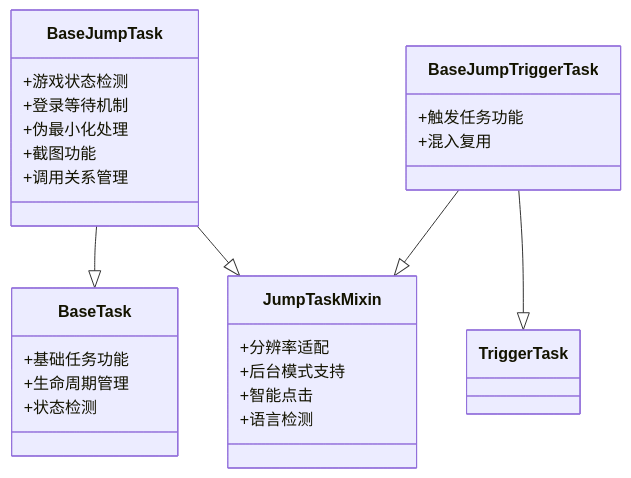
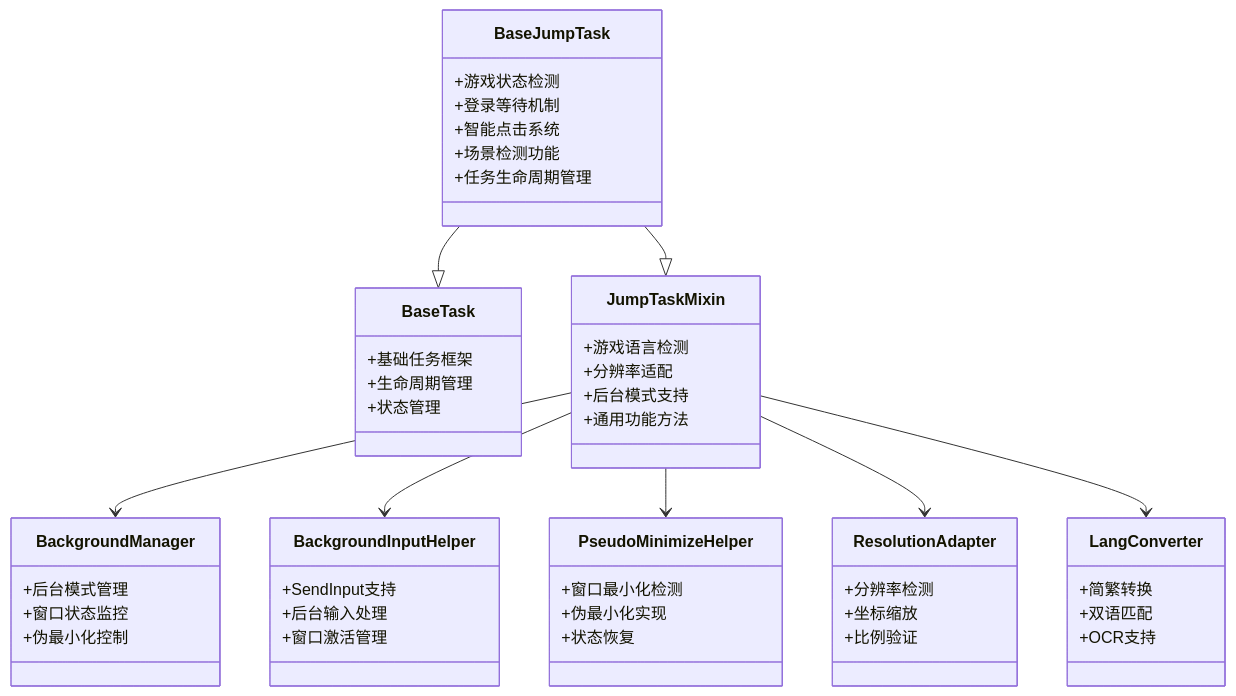
One commit to xsy098-max/ok-jump changed the second of 6 diagrams in .qoder/repowiki/zh/content/任务系统/任务基类设计.md. Above: the diagram before and after it, drawn with Mermaid. The commit also changed other lines of this file and 216 other files, not shown here.

````diff
--- a/.qoder/repowiki/zh/content/任务系统/任务基类设计.md
+++ b/.qoder/repowiki/zh/content/任务系统/任务基类设计.md
@@ -89,29 +129,53 @@
 ```mermaid
 classDiagram
 class BaseTask {
-+基础任务功能
++基础任务框架
 +生命周期管理
-+状态检测
++状态管理
 }
 class JumpTaskMixin {
++游戏语言检测
 +分辨率适配
 +后台模式支持
-+智能点击
-+语言检测
++通用功能方法
 }
 class BaseJumpTask {
 +游戏状态检测
 +登录等待机制
-+伪最小化处理
-+截图功能
-+调用关系管理
++智能点击系统
++场景检测功能
++任务生命周期管理
 }
-class BaseJumpTriggerTask {
-+触发任务功能
-+混入复用
+class BackgroundManager {
++后台模式管理
++窗口状态监控
++伪最小化控制
+}
+class BackgroundInputHelper {
++SendInput支持
++后台输入处理
++窗口激活管理
+}
+class PseudoMinimizeHelper {
++窗口最小化检测
++伪最小化实现
++状态恢复
+}
+class ResolutionAdapter {
++分辨率检测
++坐标缩放
++比例验证
+}
+class LangConverter {
++简繁转换
++双语匹配
++OCR支持
 }
 BaseJumpTask --|> BaseTask
 BaseJumpTask --|> JumpTaskMixin
-BaseJumpTriggerTask --|> TriggerTask
-BaseJumpTriggerTask --|> JumpTaskMixin
+JumpTaskMixin --> BackgroundManager
+JumpTaskMixin --> BackgroundInputHelper
+JumpTaskMixin --> PseudoMinimizeHelper
+JumpTaskMixin --> ResolutionAdapter
+JumpTaskMixin --> LangConverter
 ```
````
